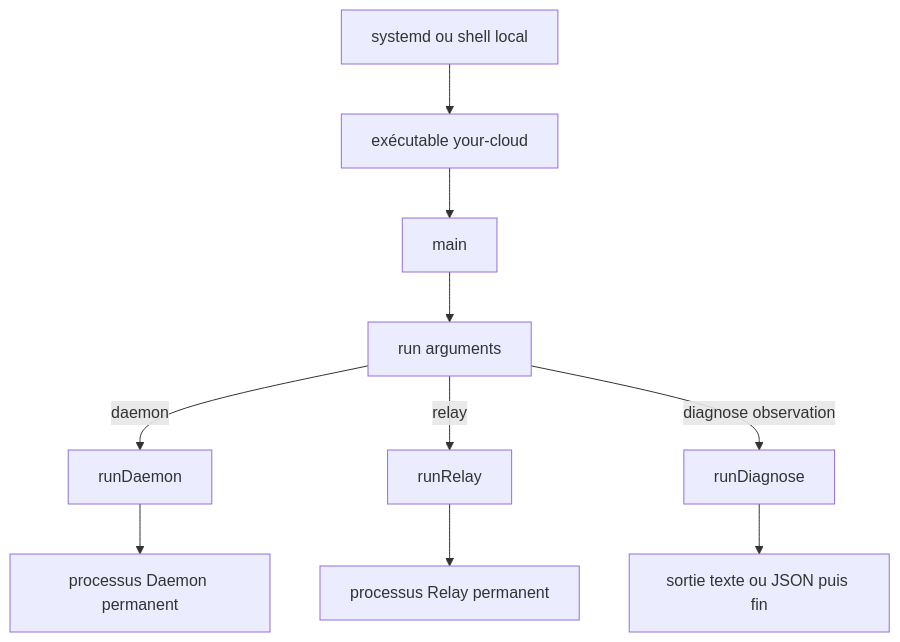
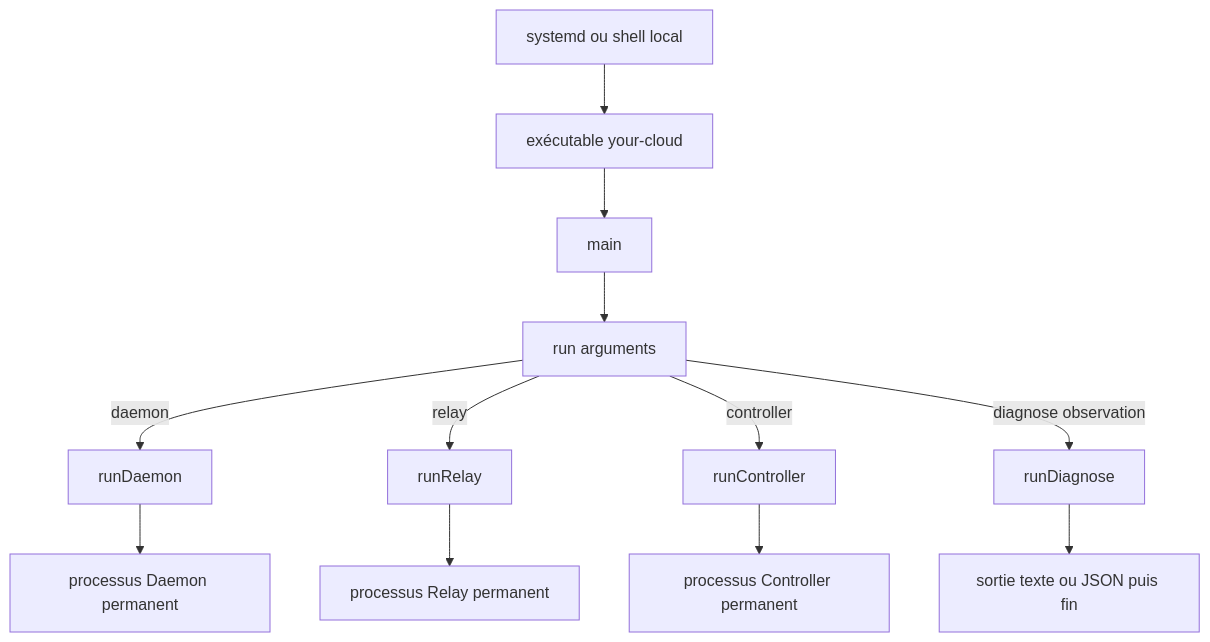
The first of 5 diagrams in docs/architecture/CHAINE-D-OBSERVATION.md (ldesfontaine/your-cloud), drawn with Mermaid before and after one commit. The commit also changed other lines of this file and 68 other files, not shown here.

````diff
--- a/docs/architecture/CHAINE-D-OBSERVATION.md
+++ b/docs/architecture/CHAINE-D-OBSERVATION.md
@@ -75,12 +77,14 @@
 ```mermaid
 flowchart TD
     SD[systemd ou shell local] --> BIN[exécutable your-cloud]
     BIN --> MAIN[main]
     MAIN --> RUN[run arguments]
     RUN -->|daemon| RD[runDaemon]
     RUN -->|relay| RR[runRelay]
+    RUN -->|controller| RC[runController]
     RUN -->|diagnose observation| RG[runDiagnose]
     RD --> DP[processus Daemon permanent]
     RR --> RP[processus Relay permanent]
+    RC --> CP[processus Controller permanent]
     RG --> OUT[sortie texte ou JSON puis fin]
 ```
````
